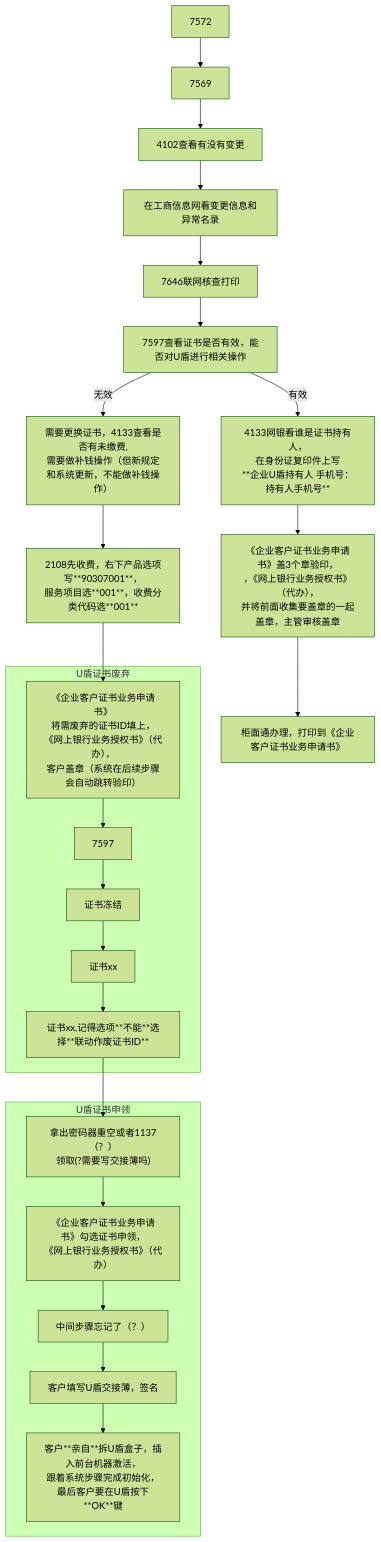
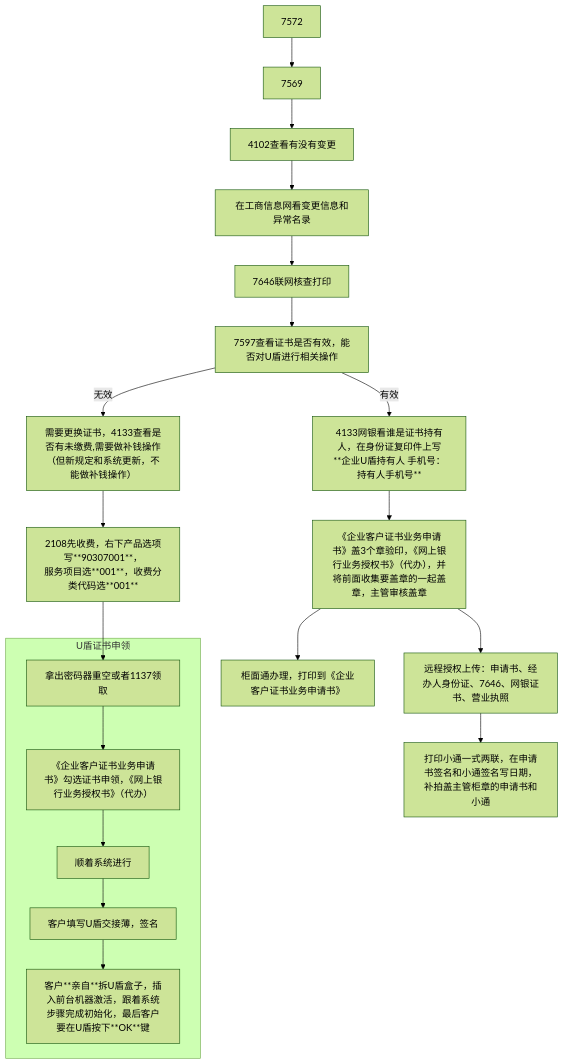
Before and after one commit to 4triumph/blog: the fifth of 14 diagrams in docs/src/Notes/Finance/1100/对公.md, drawn with Mermaid (forest theme). The commit also changed other lines of this file and 1 other file, not shown here.

Commit message:
证书重置相关

````diff
--- a/docs/src/Notes/Finance/1100/对公.md
+++ b/docs/src/Notes/Finance/1100/对公.md
@@ -309,38 +307,30 @@
 ```mermaid
 graph TD
 	A["7572"]
 	B["7569"]
 	C["4102查看有没有变更"]
 	D["在工商信息网看变更信息和异常名录"]
 	E["7646联网核查打印"]
 	F["7597查看证书是否有效，能否对U盾进行相关操作"]
-	G["4133网银看谁是证书持有人，<br>在身份证复印件上写<br>**企业U盾持有人 手机号：持有人手机号**"]
-	H["《企业客户证书业务申请书》盖3个章验印，<br>，《网上银行业务授权书》（代办），<br>并将前面收集要盖章的一起盖章，主管审核盖章"]
+	G["4133网银看谁是证书持有人，在身份证复印件上写<br>**企业U盾持有人 手机号：持有人手机号**"]
+	H["《企业客户证书业务申请书》盖3个章验印，《网上银行业务授权书》（代办），并将前面收集要盖章的一起盖章，主管审核盖章"]
 	I["柜面通办理，打印到《企业客户证书业务申请书》"]
-	J["需要更换证书，4133查看是否有未缴费,<br>需要做补钱操作（但新规定和系统更新，不能做补钱操作）"]
+	J["需要更换证书，4133查看是否有未缴费,需要做补钱操作（但新规定和系统更新，不能做补钱操作）"]
 	K["2108先收费，右下产品选项写**90307001**，<br>服务项目选**001**，收费分类代码选**001**"]
-	L["《企业客户证书业务申请书》<br>将需废弃的证书ID填上，<br>《网上银行业务授权书》（代办），<br>客户盖章（系统在后续步骤会自动跳转验印）"]
-	M["7597"]
-	N["证书冻结"]
-	O["证书xx"]
-	P["证书xx,记得选项**不能**选择**联动作废证书ID**"]
-	Q["拿出密码器重空或者1137（？）<br>领取(?需要写交接薄吗)"]
-	R["《企业客户证书业务申请书》勾选证书申领，<br>《网上银行业务授权书》（代办）"]
-	S["中间步骤忘记了（？）"]
+	Q["拿出密码器重空或者1137领取"]
+	R["《企业客户证书业务申请书》勾选证书申领，《网上银行业务授权书》（代办）"]
+	S["顺着系统进行"]
 	T["客户填写U盾交接薄，签名"]
-	U["客户**亲自**拆U盾盒子，插入前台机器激活，<br>跟着系统步骤完成初始化，最后客户要在U盾按下**OK**键"]
+	U["客户**亲自**拆U盾盒子，插入前台机器激活，跟着系统步骤完成初始化，最后客户要在U盾按下**OK**键"]
+    V["远程授权上传：申请书、经办人身份证、7646、网银证书、营业执照"]
+    W["打印小通一式两联，在申请书签名和小通签名写日期，补拍盖主管柜章的申请书和小通"]
 	
 	A --> B --> C --> D --> E --> F -->|有效| G --> H --> I
-	F -->|无效| J --> K --> L
-
-	subgraph U盾证书废弃
-		L --> M --> N --> O --> P
-	end
-	
-	P --> Q
+	F -->|无效| J --> K --> Q
+    H --> V --> W
 	
 	subgraph U盾证书申领
 		Q --> R --> S --> T --> U
 	end
 	
 ```
````
